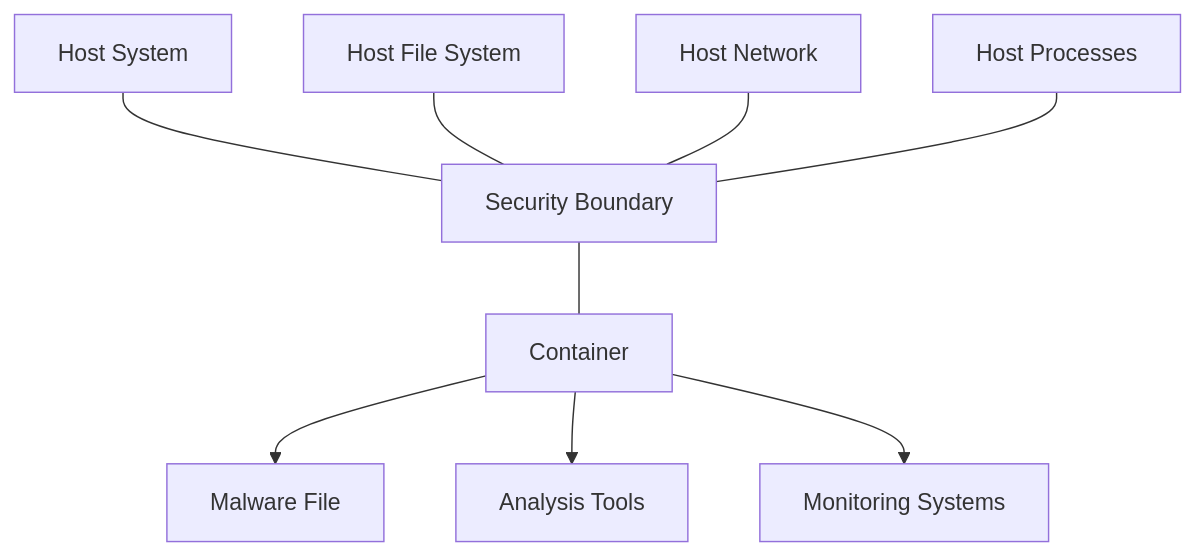
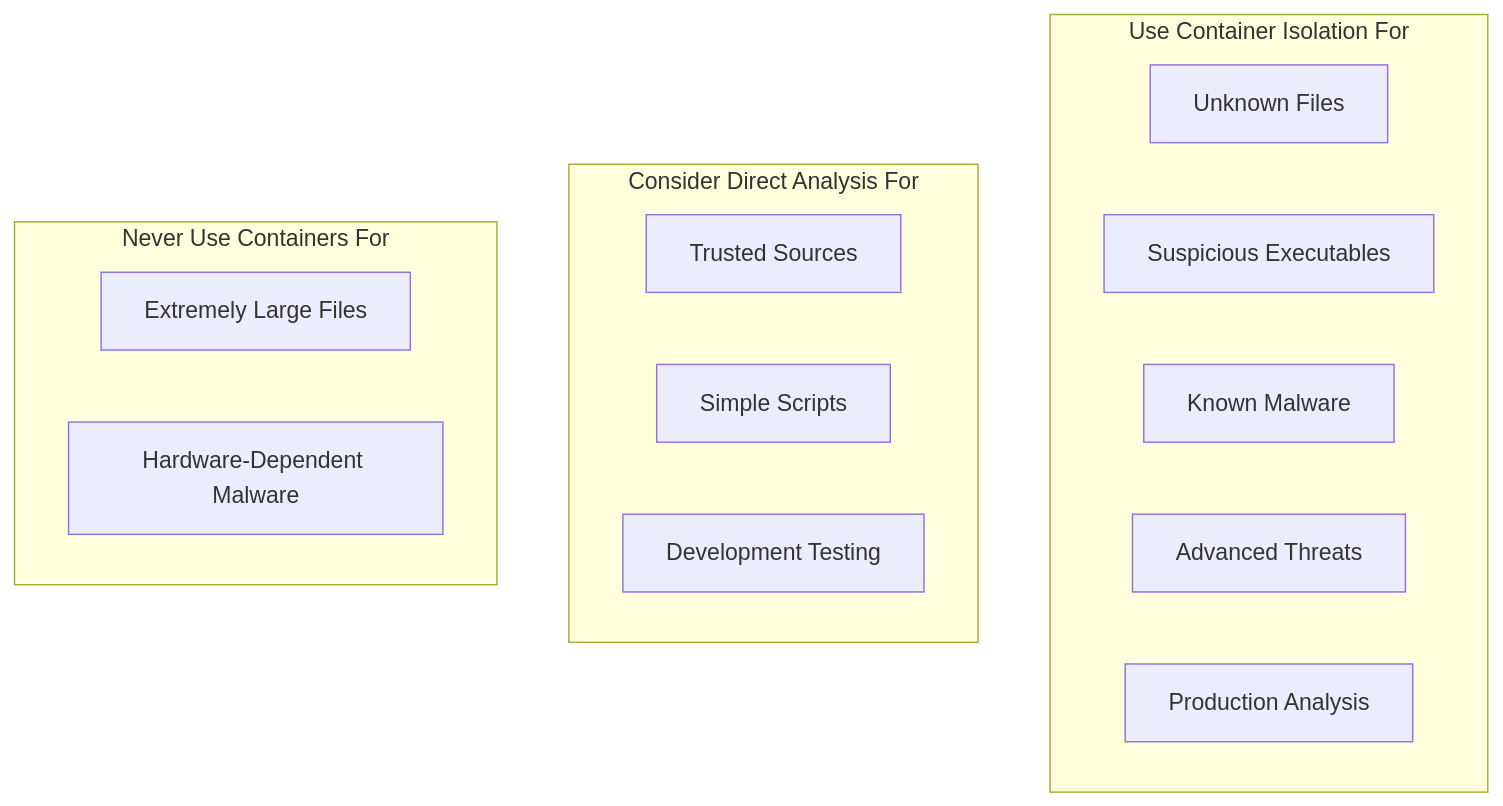
One commit to radicalkjax/Athena changed diagram 20 of 23 in docs/CONTAINER_ISOLATION.md. Above: the diagram before and after it, drawn with Mermaid. The commit also changed other lines of this file and 41 other files, not shown here.

````diff
--- a/docs/CONTAINER_ISOLATION.md
+++ b/docs/CONTAINER_ISOLATION.md
@@ -365,13 +1310,21 @@
 ```mermaid
 graph TD
-    A[Host System] --- B[Security Boundary]
-    B --- C[Container]
+    subgraph "Use Container Isolation For"
+        A[Unknown Files]
+        B[Suspicious Executables]
+        C[Known Malware]
+        D[Advanced Threats]
+        E[Production Analysis]
+    end
     
-    C --> D[Malware File]
-    C --> E[Analysis Tools]
-    C --> F[Monitoring Systems]
+    subgraph "Consider Direct Analysis For"
+        F[Trusted Sources]
+        G[Simple Scripts]
+        H[Development Testing]
+    end
     
-    G[Host File System] --- B
-    H[Host Network] --- B
-    I[Host Processes] --- B
+    subgraph "Never Use Containers For"
+        I[Extremely Large Files]
+        J[Hardware-Dependent Malware]
+    end
 ```
````
